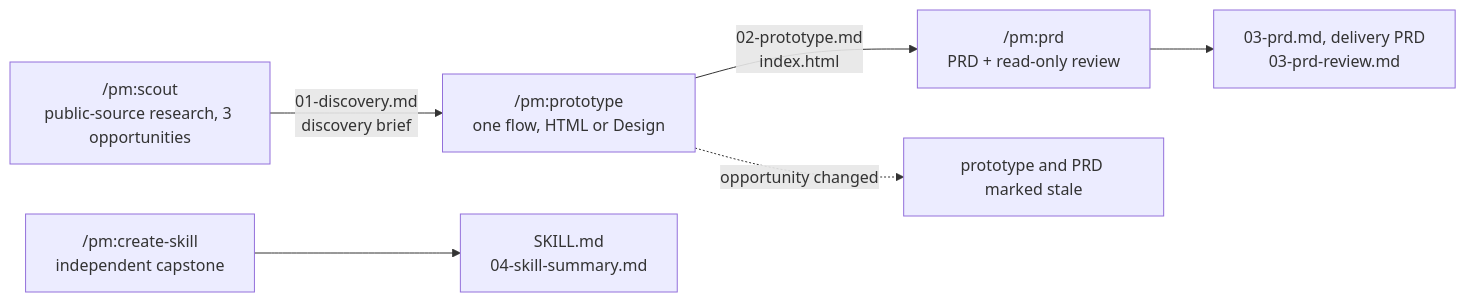
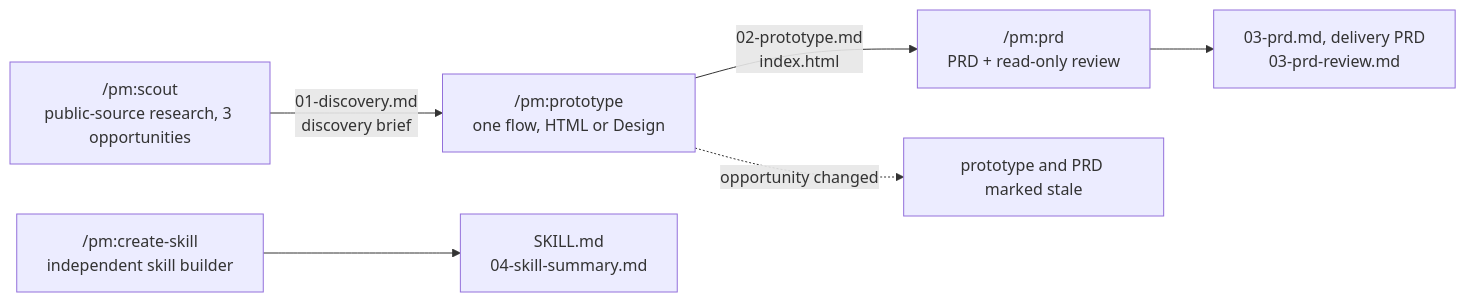
One commit to niancilyu-2/nlyu-pm changed the diagram in README.md. Above: the diagram before and after it, drawn with Mermaid. The commit also changed other lines of this file and 11 other files, not shown here.

Commit message:
Rename the capstone stage to skill builder

````diff
--- a/README.md
+++ b/README.md
@@ -98,8 +98,8 @@
 ```mermaid
 flowchart LR
   S["/pm:scout<br/>public-source research, 3 opportunities"] -->|"01-discovery.md<br/>discovery brief"| P["/pm:prototype<br/>one flow, HTML or Design"]
   P -->|"02-prototype.md<br/>index.html"| R["/pm:prd<br/>PRD + read-only review"]
   R --> H["03-prd.md, delivery PRD<br/>03-prd-review.md"]
   P -. "opportunity changed" .-> stale["prototype and PRD marked stale"]
-  C["/pm:create-skill<br/>independent capstone"] --> K["SKILL.md<br/>04-skill-summary.md"]
+  C["/pm:create-skill<br/>independent skill builder"] --> K["SKILL.md<br/>04-skill-summary.md"]
 ```
````
